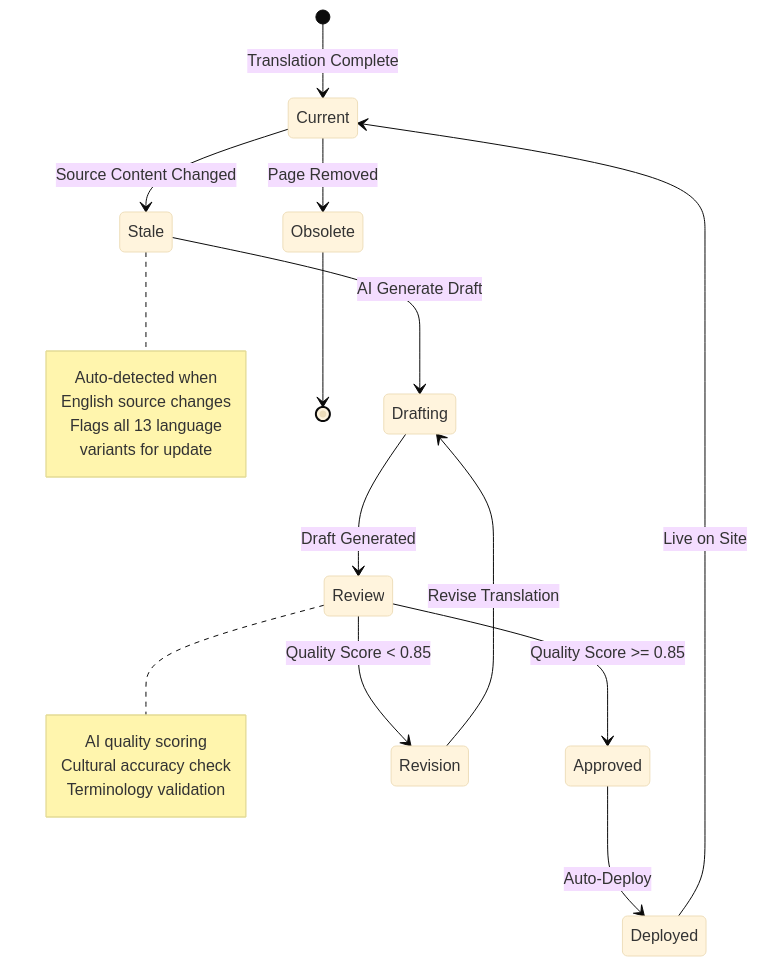
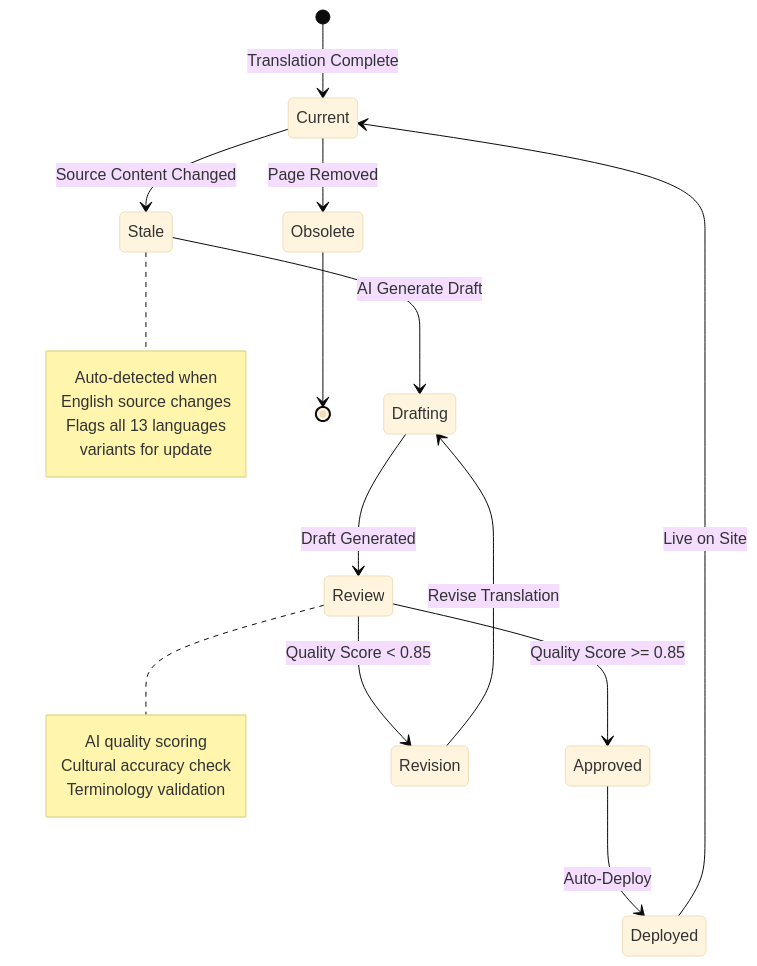
Before and after one commit to Hack23/homepage: the second of 3 diagrams in FUTURE_STATEDIAGRAM.md, drawn with Mermaid (base theme).

Commit message:
Fix grammar in FUTURE_STATEDIAGRAM.md per code review

````diff
--- a/FUTURE_STATEDIAGRAM.md
+++ b/FUTURE_STATEDIAGRAM.md
@@ -111,32 +111,32 @@
 ```mermaid
 stateDiagram-v2
     [*] --> Current: Translation Complete
 
     Current --> Stale: Source Content Changed
     Stale --> Drafting: AI Generate Draft
 
     Drafting --> Review: Draft Generated
     Review --> Approved: Quality Score >= 0.85
     Review --> Revision: Quality Score < 0.85
 
     Revision --> Drafting: Revise Translation
 
     Approved --> Deployed: Auto-Deploy
     Deployed --> Current: Live on Site
 
     Current --> Obsolete: Page Removed
     Obsolete --> [*]
 
     note right of Stale
         Auto-detected when
         English source changes
-        Flags all 13 language
+        Flags all 13 languages
         variants for update
     end note
 
     note right of Review
         AI quality scoring
         Cultural accuracy check
         Terminology validation
     end note
 ```
````
